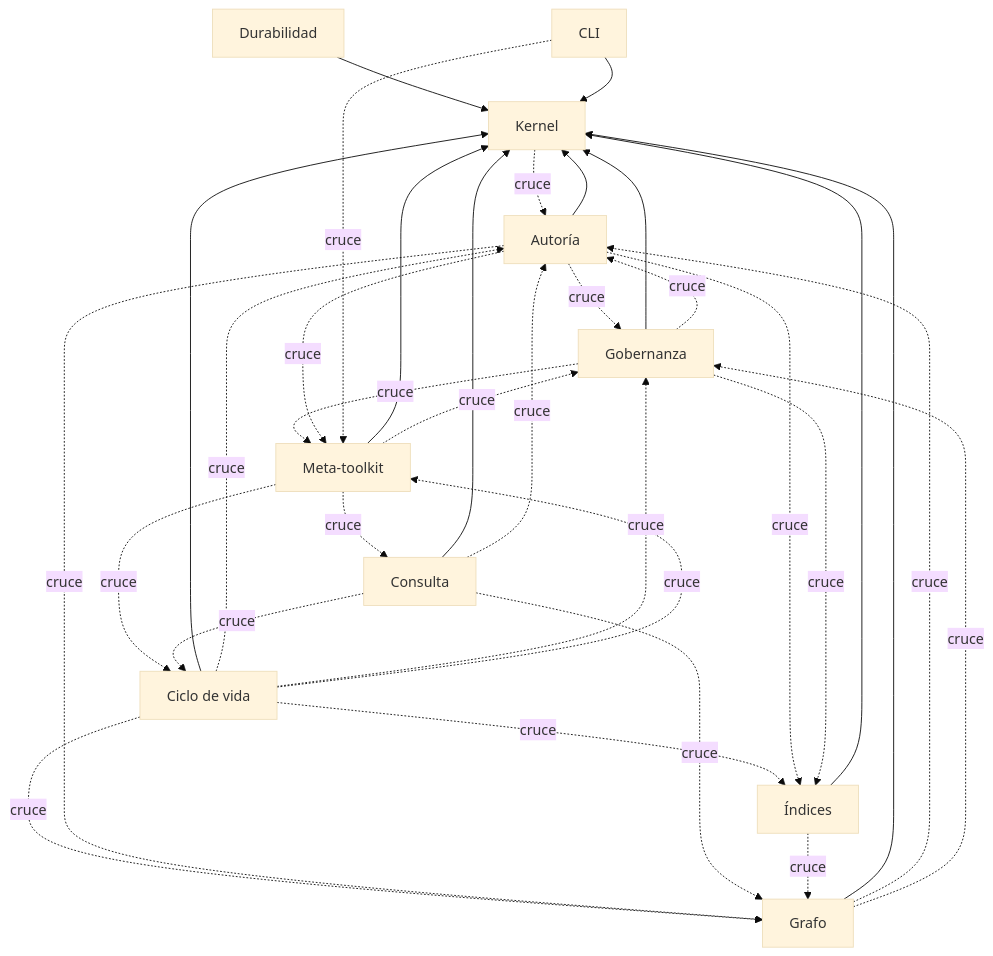
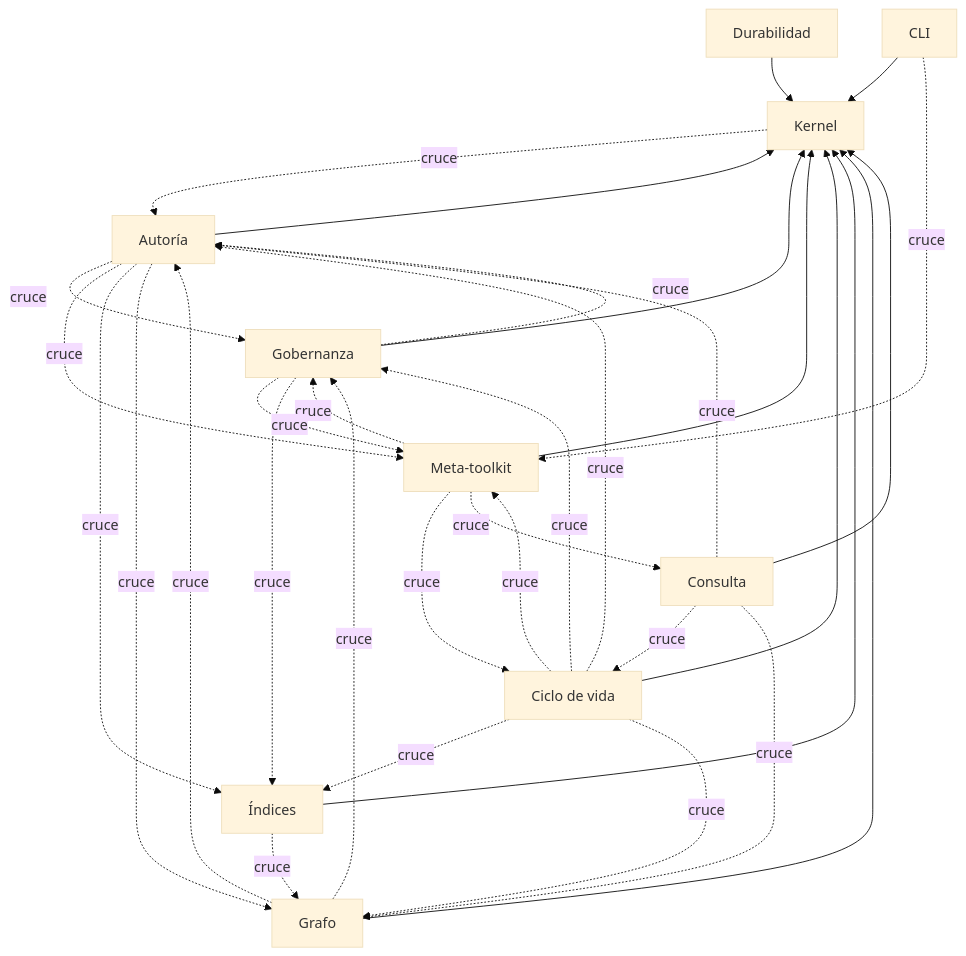
Before and after one commit to devcicm/Vault-Obsidian-Architecture: the diagram in docs/ARQUITECTURA.md, drawn with Mermaid (base theme). The commit also changed other lines of this file and 18 other files, not shown here.

First line of the commit message:
refactor(AP-58): lote G de la deuda #12, cinco módulos del meta-toolkit migran a vault/

````diff
--- a/docs/ARQUITECTURA.md
+++ b/docs/ARQUITECTURA.md
@@ -17,45 +17,45 @@
 ```mermaid
 graph TD
     kernel["Kernel"]
     autoria["Autoría"]
     grafo["Grafo"]
     gobernanza["Gobernanza"]
     indices["Índices"]
     consulta["Consulta"]
     ciclo_de_vida["Ciclo de vida"]
     durabilidad["Durabilidad"]
     meta_toolkit["Meta-toolkit"]
     cli["CLI"]
     autoria --> kernel
     grafo --> kernel
     gobernanza --> kernel
     indices --> kernel
     consulta --> kernel
     ciclo_de_vida --> kernel
     durabilidad --> kernel
     meta_toolkit --> kernel
     cli --> kernel
     meta_toolkit -.->|cruce| gobernanza
     autoria -.->|cruce| gobernanza
     grafo -.->|cruce| autoria
     consulta -.->|cruce| autoria
     kernel -.->|cruce| autoria
-    meta_toolkit -.->|cruce| consulta
     gobernanza -.->|cruce| meta_toolkit
     gobernanza -.->|cruce| autoria
     ciclo_de_vida -.->|cruce| indices
     ciclo_de_vida -.->|cruce| autoria
     ciclo_de_vida -.->|cruce| grafo
     ciclo_de_vida -.->|cruce| gobernanza
     meta_toolkit -.->|cruce| ciclo_de_vida
     ciclo_de_vida -.->|cruce| meta_toolkit
     autoria -.->|cruce| meta_toolkit
     autoria -.->|cruce| indices
     cli -.->|cruce| meta_toolkit
     autoria -.->|cruce| grafo
     consulta -.->|cruce| ciclo_de_vida
     consulta -.->|cruce| grafo
     gobernanza -.->|cruce| indices
     grafo -.->|cruce| gobernanza
     indices -.->|cruce| grafo
+    meta_toolkit -.->|cruce| consulta
 ```
````
